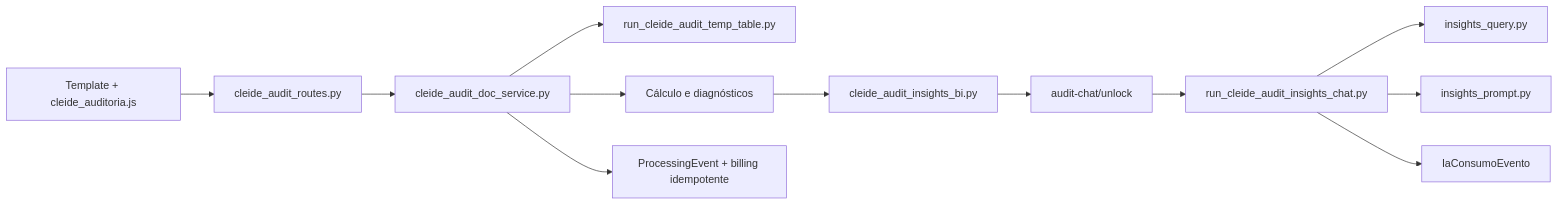
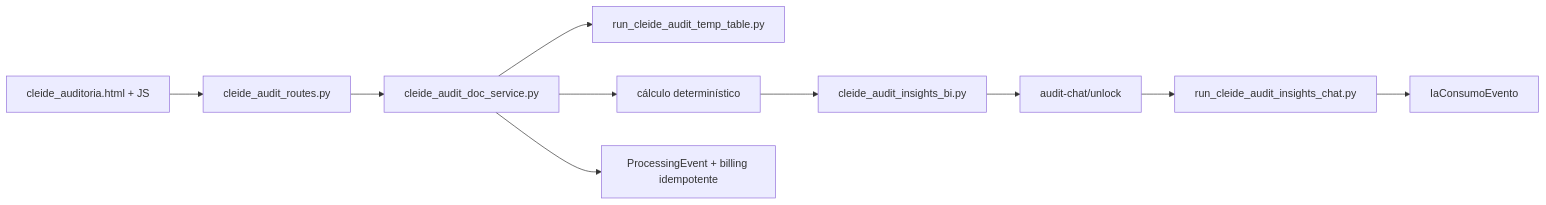
One commit to dimaccord-jpg/logcompleta changed the first of 2 diagrams in docs/arquitetura_oficial.md. Above: the diagram before and after it, drawn with Mermaid. The commit also changed other lines of this file and 46 other files, not shown here.

````diff
--- a/docs/arquitetura_oficial.md
+++ b/docs/arquitetura_oficial.md
@@ -19,14 +61,12 @@
 ```mermaid
 flowchart LR
-  UI[Template + cleide_auditoria.js] --> R[cleide_audit_routes.py]
+  UI[cleide_auditoria.html + JS] --> R[cleide_audit_routes.py]
   R --> D[cleide_audit_doc_service.py]
   D --> T[run_cleide_audit_temp_table.py]
-  D --> C[Cálculo e diagnósticos]
+  D --> C[cálculo determinístico]
   C --> B[cleide_audit_insights_bi.py]
   B --> U[audit-chat/unlock]
   U --> X[run_cleide_audit_insights_chat.py]
-  X --> Q[insights_query.py]
-  X --> P[insights_prompt.py]
   X --> O[IaConsumoEvento]
   D --> E[ProcessingEvent + billing idempotente]
 ```
````
